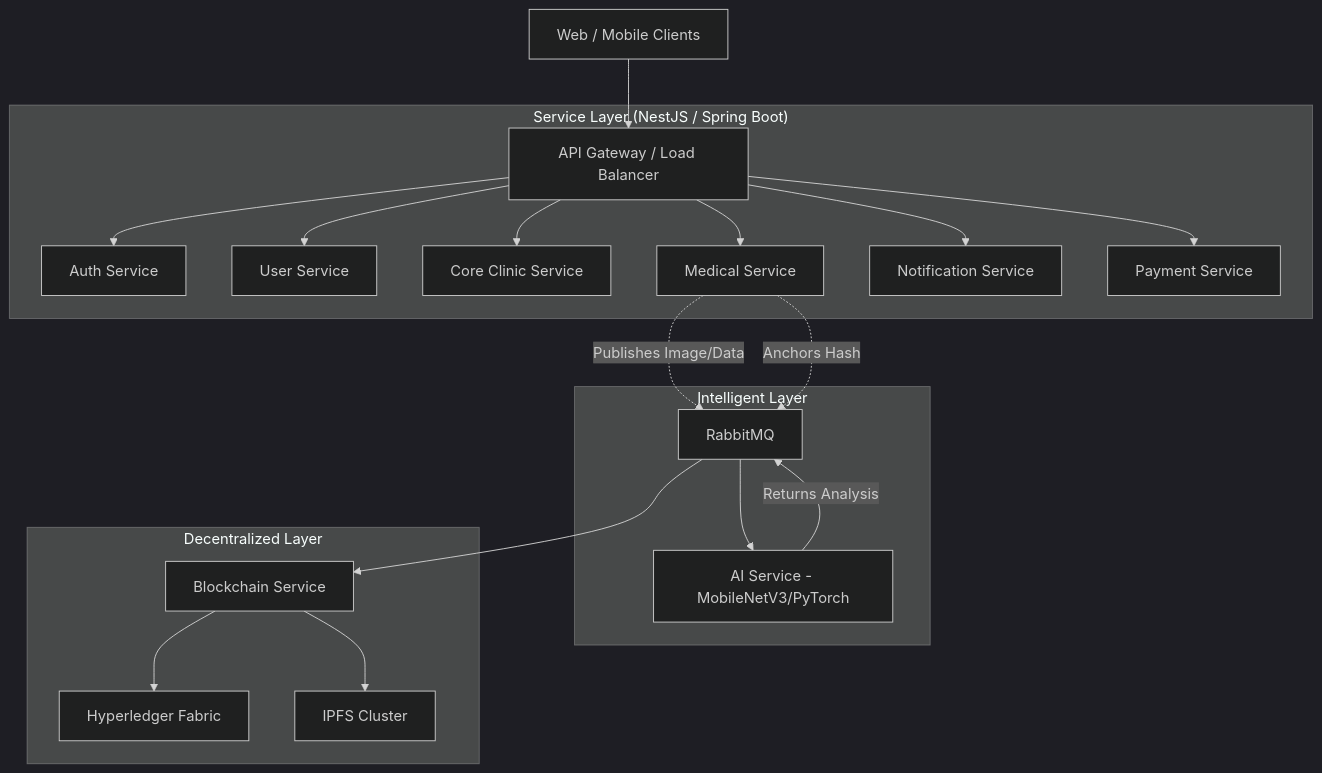
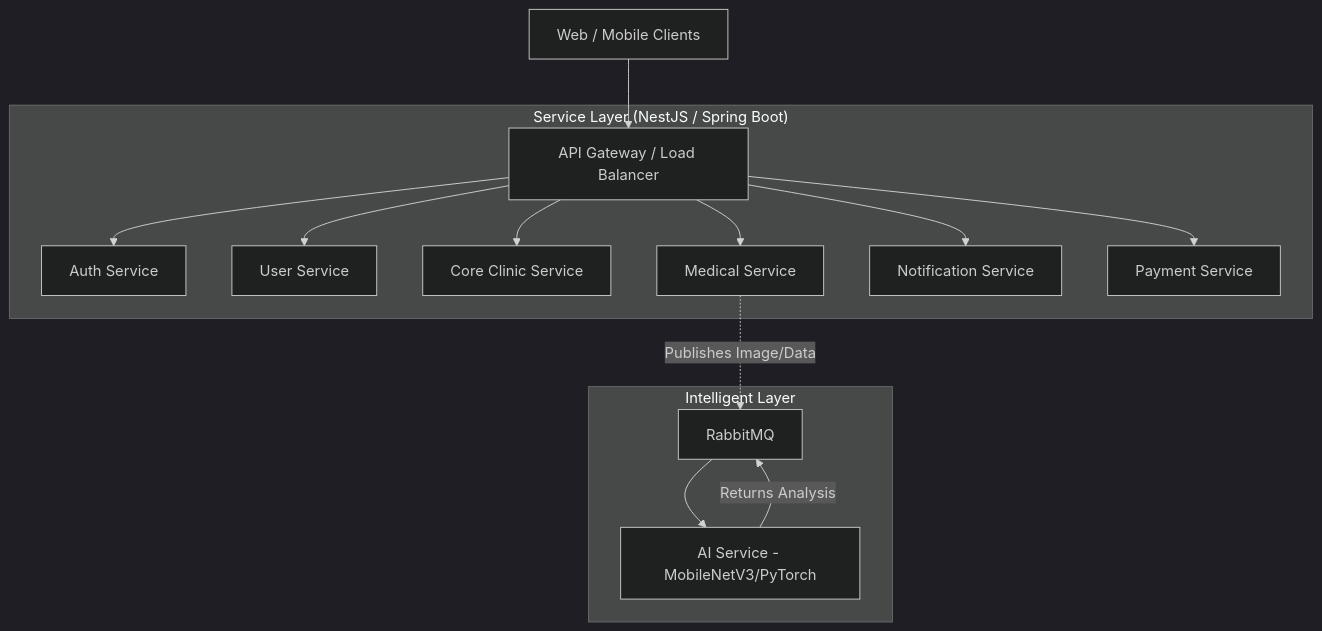
One commit to LTPPPP/Smart-Medical-Intelligent-Ledger-for-E-health-S.M.I.L.E- changed the diagram in docs/ARCHITECTURE.md. Above: the diagram before and after it, drawn with Mermaid (dark theme). The commit also changed other lines of this file and 17 other files, not shown here.

````diff
--- a/docs/ARCHITECTURE.md
+++ b/docs/ARCHITECTURE.md
@@ -11,26 +11,19 @@
 ```mermaid
 graph TB
     Client[Web / Mobile Clients] --> Gateway[API Gateway / Load Balancer]
     
     subgraph "Service Layer (NestJS / Spring Boot)"
         Gateway --> Auth[Auth Service]
         Gateway --> User[User Service]
         Gateway --> Clinic[Core Clinic Service]
         Gateway --> Appt[Medical Service]
         Gateway --> Notif[Notification Service]
         Gateway --> Pay[Payment Service]
     end
     
     subgraph "Intelligent Layer"
         Appt -.->|Publishes Image/Data| MQ[RabbitMQ]
         MQ --> AI_Net[AI Service - MobileNetV3/PyTorch]
         AI_Net -->|Returns Analysis| MQ
     end
-    
-    subgraph "Decentralized Layer"
-        Appt -.->|Anchors Hash| MQ
-        MQ --> BC_Svc[Blockchain Service]
-        BC_Svc --> Fabrics[Hyperledger Fabric]
-        BC_Svc --> IPFS[IPFS Cluster]
-    end
 ```
````
